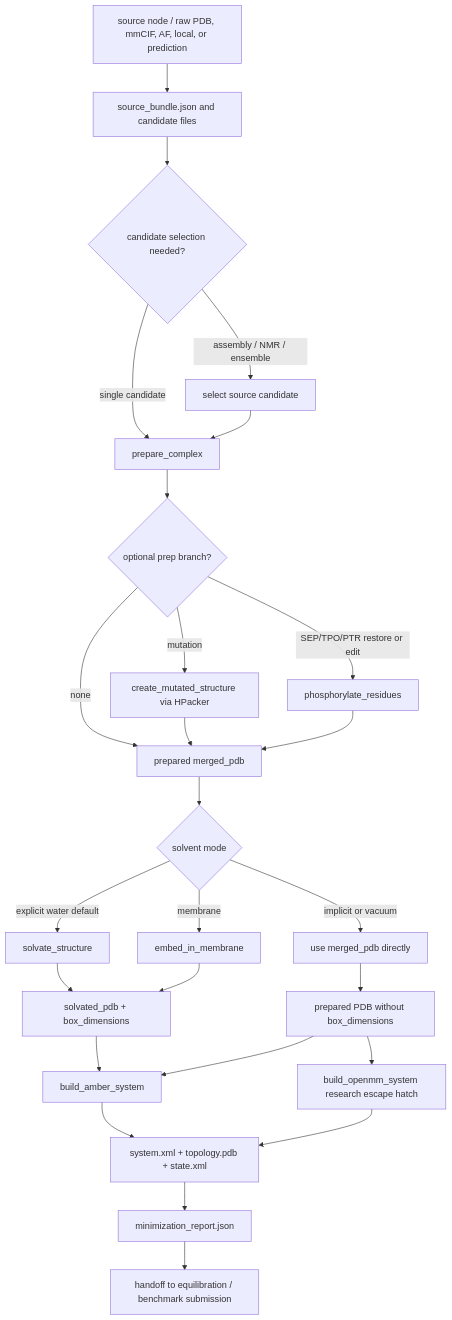
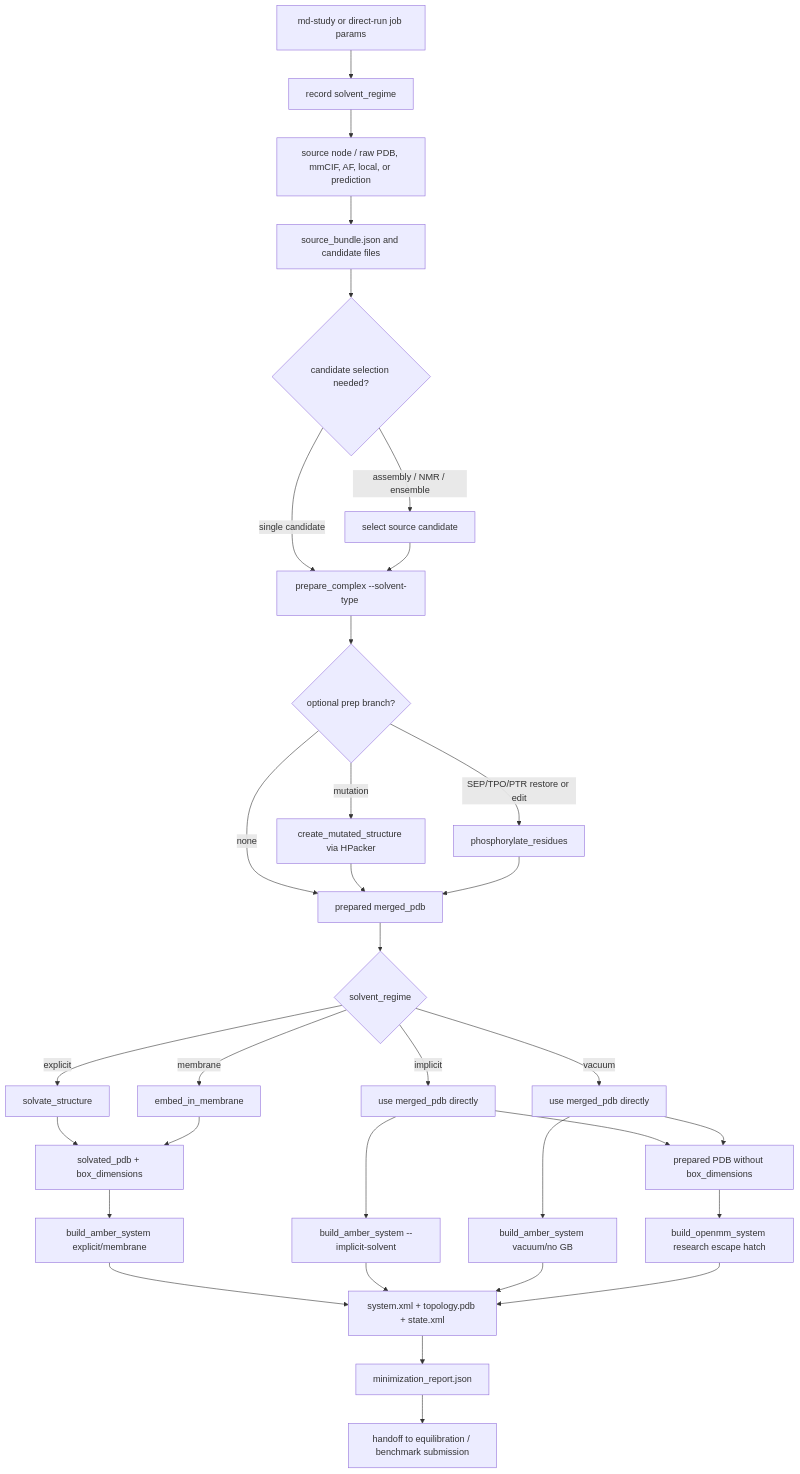
The first of 6 diagrams in docs/research/prep_workflow_flowchart.md (matsunagalab/mdclaw), drawn with Mermaid before and after one commit. The commit also changed other lines of this file and 2 other files, not shown here.

Commit message:
Show solvent regime in prep workflow diagrams

````diff
--- a/docs/research/prep_workflow_flowchart.md
+++ b/docs/research/prep_workflow_flowchart.md
@@ -41,33 +41,40 @@
 ```mermaid
 flowchart TD
-  A["source node / raw PDB, mmCIF, AF, local, or prediction"] --> B["source_bundle.json and candidate files"]
+  S["md-study or direct-run job params"] --> S1["record solvent_regime"]
+  S1 --> A["source node / raw PDB, mmCIF, AF, local, or prediction"]
+  A --> B["source_bundle.json and candidate files"]
   B --> C{"candidate selection needed?"}
-  C -->|"single candidate"| D["prepare_complex"]
+  C -->|"single candidate"| D["prepare_complex --solvent-type <regime>"]
   C -->|"assembly / NMR / ensemble"| E["select source candidate"]
   E --> D
 
   D --> F{"optional prep branch?"}
   F -->|"mutation"| F1["create_mutated_structure via HPacker"]
   F -->|"SEP/TPO/PTR restore or edit"| F2["phosphorylate_residues"]
   F -->|"none"| G["prepared merged_pdb"]
   F1 --> G
   F2 --> G
 
-  G --> H{"solvent mode"}
-  H -->|"explicit water default"| I["solvate_structure"]
+  G --> H{"solvent_regime"}
+  H -->|"explicit"| I["solvate_structure"]
   H -->|"membrane"| J["embed_in_membrane"]
-  H -->|"implicit or vacuum"| K["use merged_pdb directly"]
+  H -->|"implicit"| K["use merged_pdb directly"]
+  H -->|"vacuum"| V["use merged_pdb directly"]
 
   I --> L["solvated_pdb + box_dimensions"]
   J --> L
   K --> M["prepared PDB without box_dimensions"]
+  V --> M
 
-  L --> N["build_amber_system"]
-  M --> N
+  L --> N["build_amber_system explicit/membrane"]
+  K --> N1["build_amber_system --implicit-solvent"]
+  V --> N2["build_amber_system vacuum/no GB"]
   M --> O["build_openmm_system research escape hatch"]
 
   N --> P["system.xml + topology.pdb + state.xml"]
+  N1 --> P
+  N2 --> P
   O --> P
   P --> Q["minimization_report.json"]
   Q --> R["handoff to equilibration / benchmark submission"]
 ```
````
